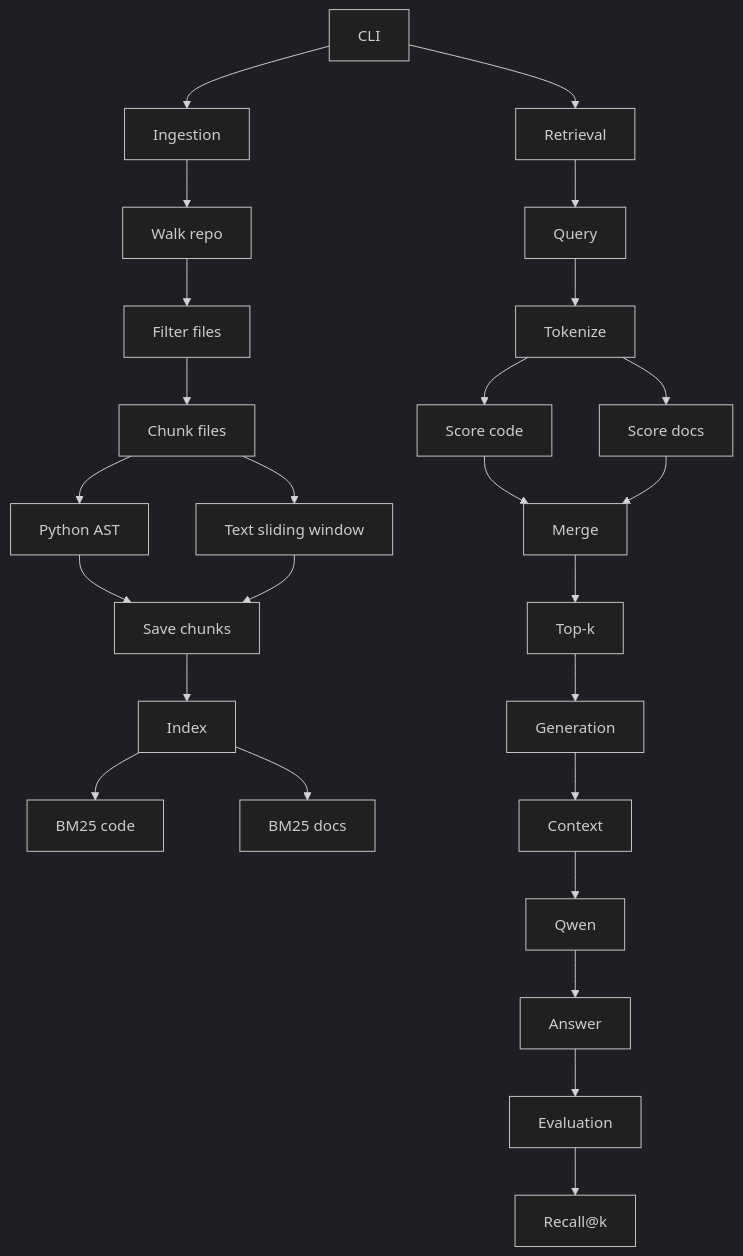
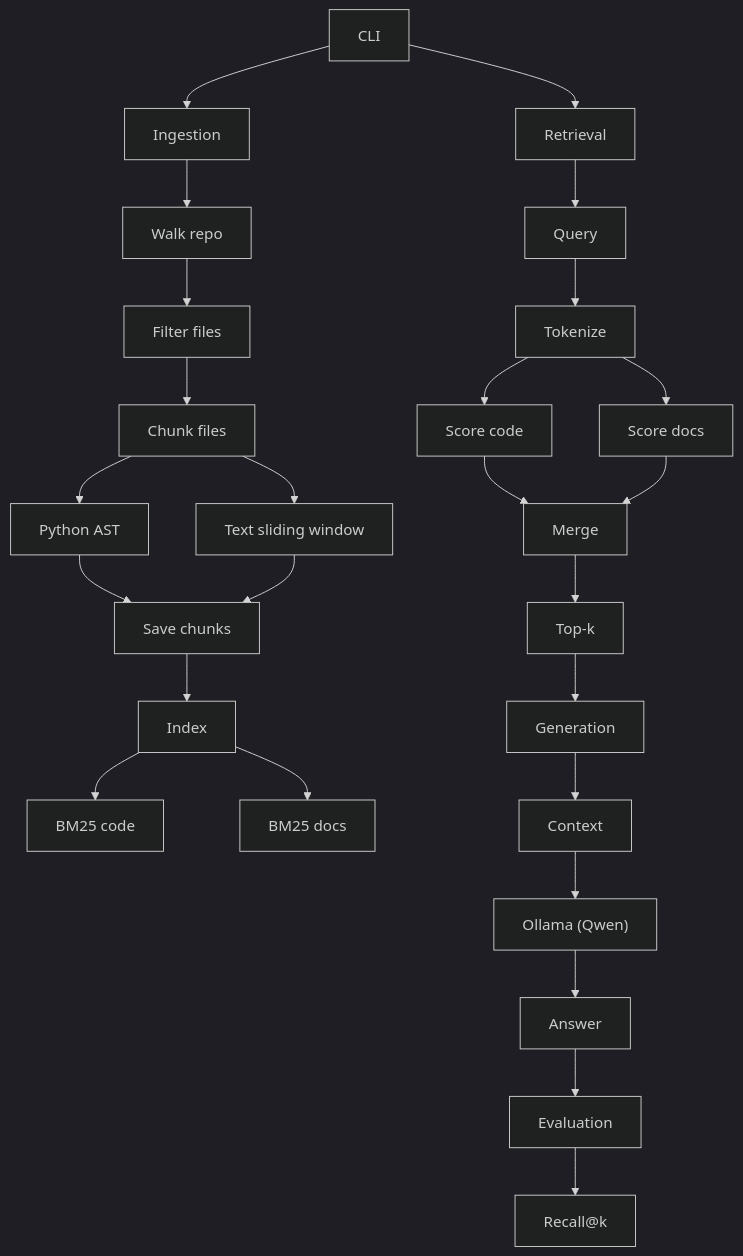
One commit to AstarophTY/RAG changed the first of 7 diagrams in README.md. Above: the diagram before and after it, drawn with Mermaid (dark theme). The commit also changed other lines of this file and 2886 other files, not shown here.

````diff
--- a/README.md
+++ b/README.md
@@ -50,56 +50,56 @@
 ```mermaid
 graph TD
     CLI["CLI"]
 
     Ingestion["Ingestion"]
     Walk["Walk repo"]
     Filter["Filter files"]
     Chunk["Chunk files"]
 
     PyChunk["Python AST"]
     TxtChunk["Text sliding window"]
 
     Save["Save chunks"]
 
     Index["Index"]
     CodeIndex["BM25 code"]
     DocsIndex["BM25 docs"]
 
     Retrieval["Retrieval"]
     Query["Query"]
     Tokenize["Tokenize"]
     ScoreCode["Score code"]
     ScoreDocs["Score docs"]
     Merge["Merge"]
     TopK["Top-k"]
 
     Generation["Generation"]
     Context["Context"]
-    Model["Qwen"]
+    Model["Ollama (Qwen)"]
     Answer["Answer"]
 
     Eval["Evaluation"]
     Recall["Recall@k"]
 
     CLI --> Ingestion
     Ingestion --> Walk --> Filter --> Chunk
     Chunk --> PyChunk --> Save
     Chunk --> TxtChunk --> Save
 
     Save --> Index
     Index --> CodeIndex
     Index --> DocsIndex
 
     CLI --> Retrieval
     Retrieval --> Query --> Tokenize
     Tokenize --> ScoreCode
     Tokenize --> ScoreDocs
     ScoreCode --> Merge
     ScoreDocs --> Merge
     Merge --> TopK
 
     TopK --> Generation
     Generation --> Context --> Model --> Answer
 
     Answer --> Eval --> Recall
 ```
````
